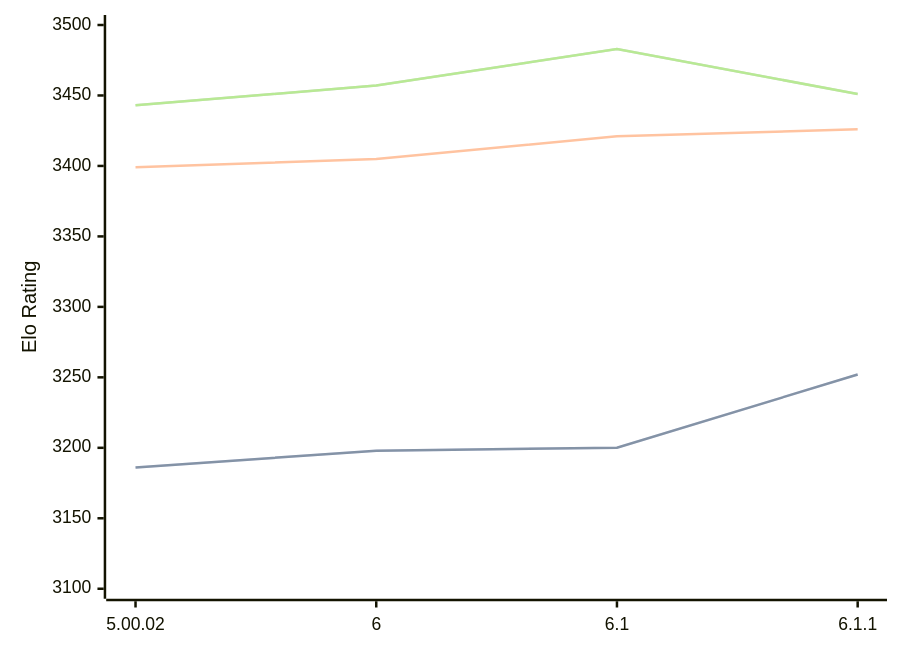
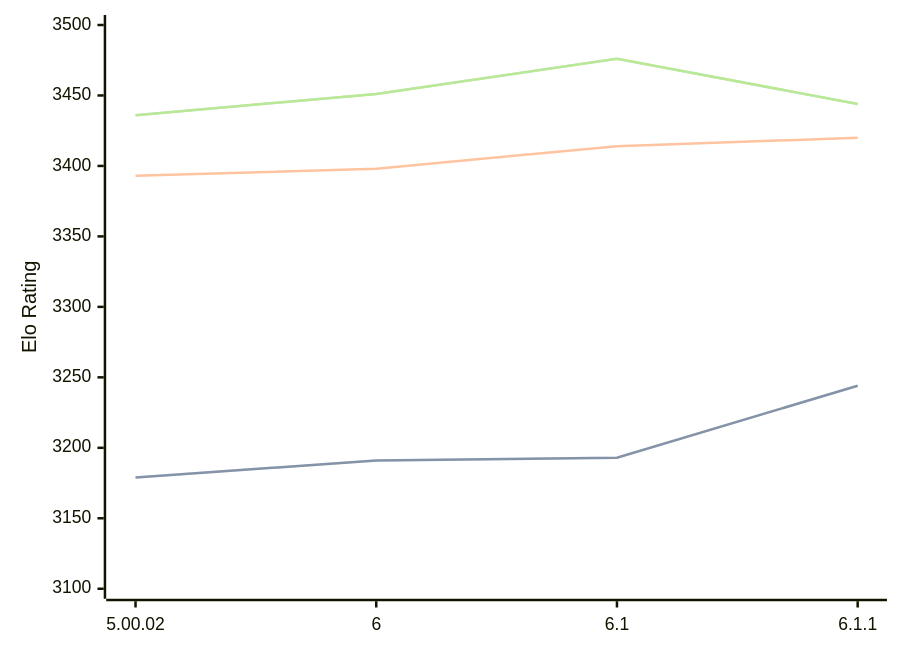
The diagram in engines/Zangdar.md (computer-chess-index/cci), drawn with Mermaid before and after one commit. The commit also changed other lines of this file, not shown here.

Commit message:
Update CCI Ratings (ELO VLTC) - 2026-05-18

````diff
--- a/engines/Zangdar.md
+++ b/engines/Zangdar.md
@@ -46,11 +46,11 @@
 ```mermaid
 %%{init: {"theme":"base","themeVariables":{"seriesColors:['#a3a3a3','#222221','#faa371']}}}%%
 xychart-beta
   x-axis ["5.00.02", "6", "6.1", "6.1.1"]
   y-axis "Elo Rating" 3100 --> 3500
-  line "STC (8.0+0.08s)" [3186, 3198, 3200, 3252]
-  line "STC (8.0+0.08s)" [3186, 3198, 3200, 3252]
-  line "LTC (60.0+0.60s)" [3399, 3405, 3421, 3426]
-  line "VLTC (2m24s+1.12s)" [3443, 3457, 3483, 3451]
-  line "VLTC (2m24s+1.12s)" [3443, 3457, 3483, 3451]
+  line "STC (8.0+0.08s)" [3179, 3191, 3193, 3244]
+  line "STC (8.0+0.08s)" [3179, 3191, 3193, 3244]
+  line "LTC (60.0+0.60s)" [3393, 3398, 3414, 3420]
+  line "VLTC (2m24s+1.12s)" [3436, 3451, 3476, 3444]
+  line "VLTC (2m24s+1.12s)" [3436, 3451, 3476, 3444]
 ```
````
